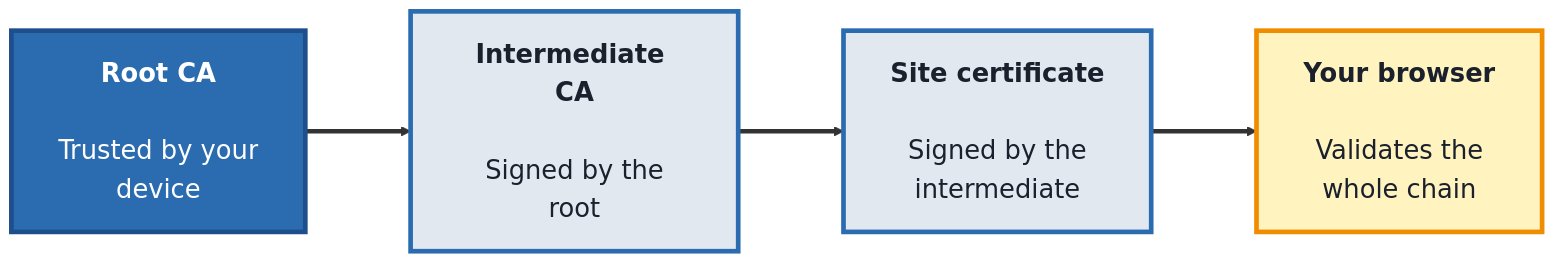
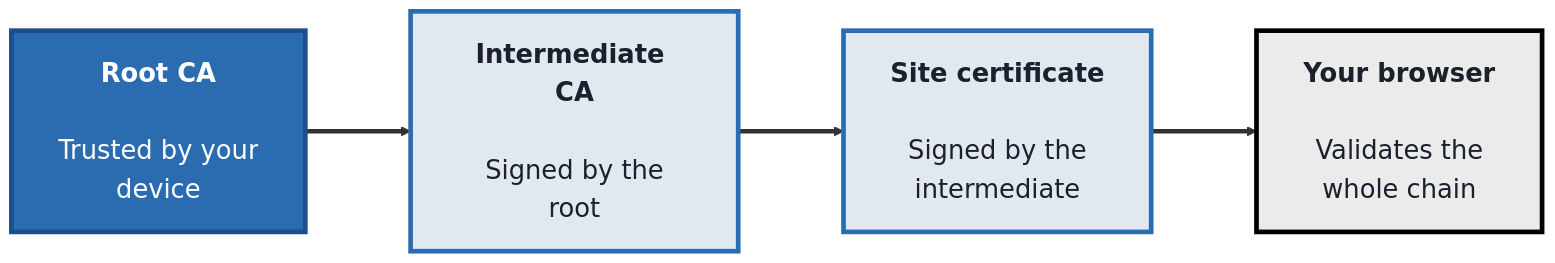
One commit to SHEMODELTECH/shemodeltech changed the third of 3 diagrams in src/Pages/courses/TechGuard/module-4-cryptography.md. Above: the diagram before and after it, drawn with Mermaid. The commit also changed other lines of this file and 46 other files, not shown here.

````diff
--- a/src/Pages/courses/TechGuard/module-4-cryptography.md
+++ b/src/Pages/courses/TechGuard/module-4-cryptography.md
@@ -220,16 +220,16 @@
 ```mermaid
 %%{init: {'theme':'base', 'themeVariables': {'fontSize':'22px', 'primaryTextColor':'#1a202c', 'primaryBorderColor':'#1e4e8c', 'lineColor':'#333333'}, 'flowchart': {'nodeSpacing': 70, 'rankSpacing': 90, 'padding': 20}}}%%
 flowchart LR
     ROOT["<b>Root CA</b><br/><br/>Trusted by your<br/>device"]
     INT["<b>Intermediate CA</b><br/><br/>Signed by the<br/>root"]
     LEAF["<b>Site certificate</b><br/><br/>Signed by the<br/>intermediate"]
     BR["<b>Your browser</b><br/><br/>Validates the<br/>whole chain"]
 
     ROOT ==> INT ==> LEAF ==> BR
 
     style ROOT fill:#2b6cb0,color:#fff,stroke:#1e4e8c,stroke-width:4px
     style INT fill:#e2e8f0,color:#1a202c,stroke:#2b6cb0,stroke-width:4px
     style LEAF fill:#e2e8f0,color:#1a202c,stroke:#2b6cb0,stroke-width:4px
-    style BR fill:#fff3bf,color:#1a202c,stroke:#f08c00,stroke-width:4px
+    style BR fill:#EBEBEB,color:#1a202c,stroke:#000000,stroke-width:4px
     linkStyle default stroke-width:4px,stroke:#333333
 ```
````
